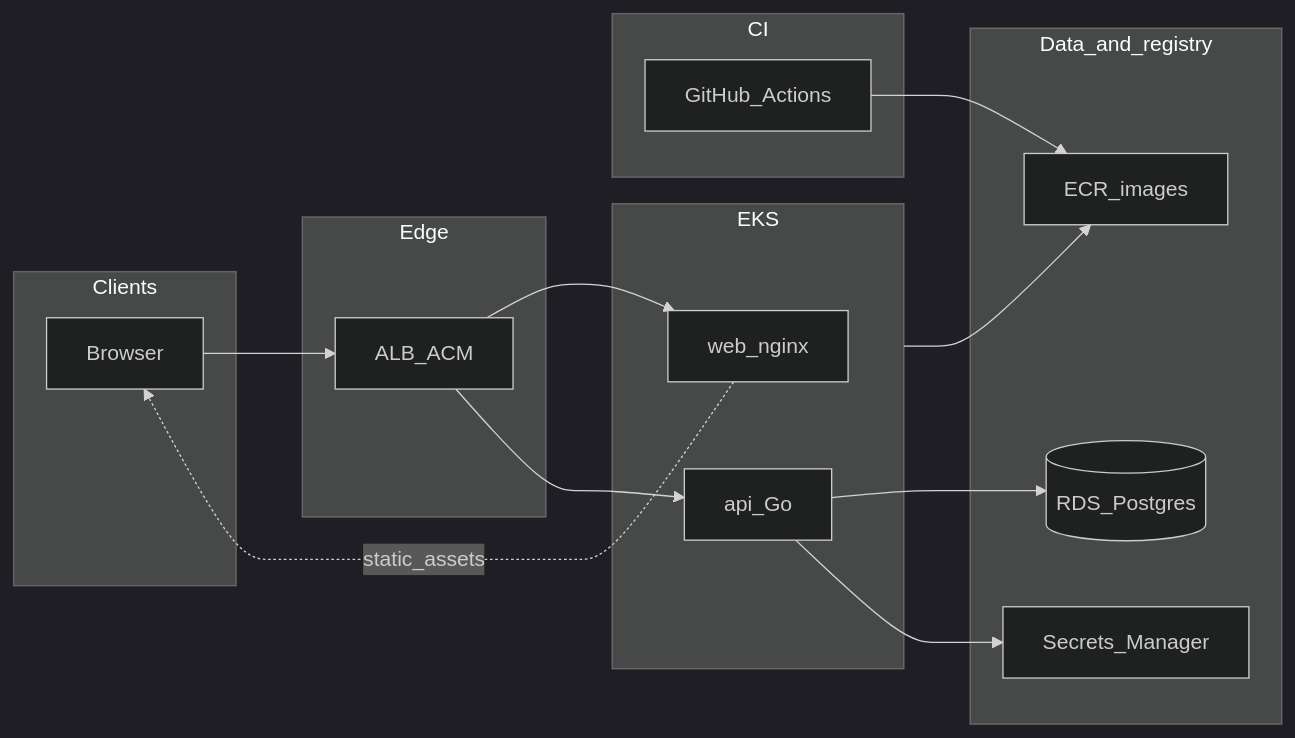
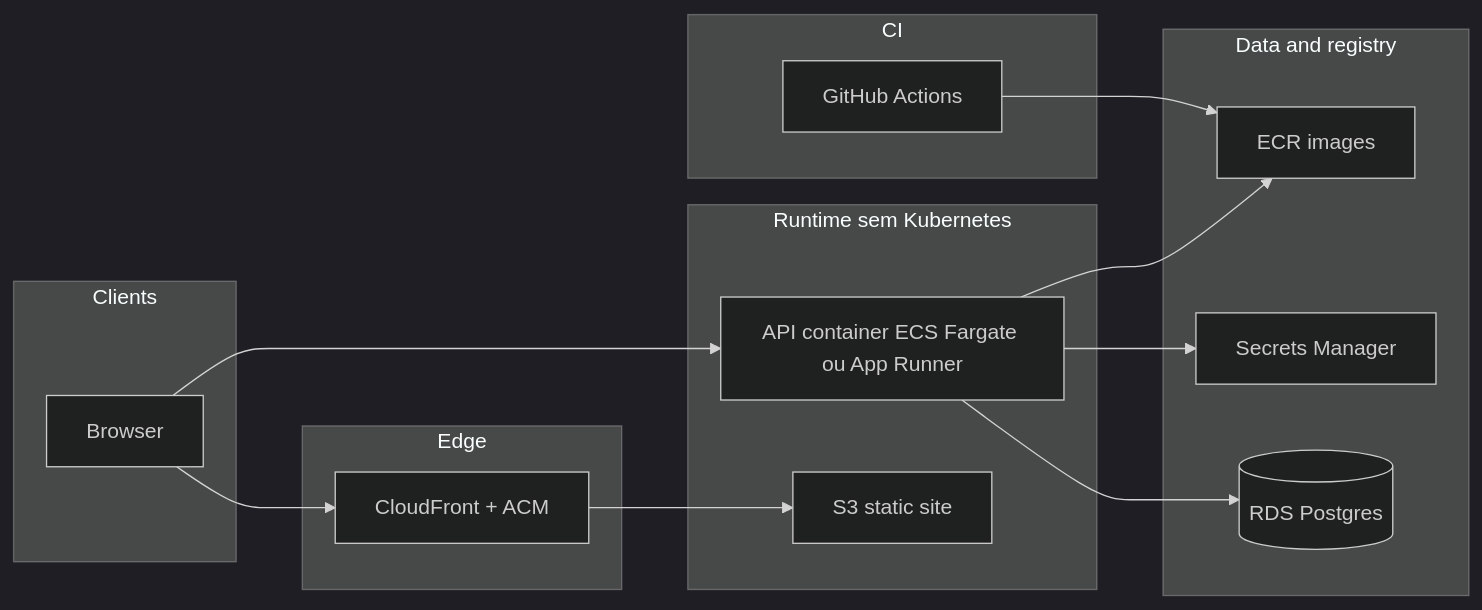
The diagram in docs/deployment/AWS.md (BielPinto/portfolio), drawn with Mermaid (dark theme) before and after one commit. The commit also changed other lines of this file, not shown here.

````diff
--- a/docs/deployment/AWS.md
+++ b/docs/deployment/AWS.md
@@ -21,29 +26,29 @@
 ```mermaid
 flowchart LR
   subgraph clients [Clients]
     browser[Browser]
   end
   subgraph edge [Edge]
-    alb[ALB_ACM]
+    cf[CloudFront + ACM]
   end
-  subgraph eks [EKS]
-    webPod[web_nginx]
-    apiPod[api_Go]
+  subgraph runtime [Runtime sem Kubernetes]
+    s3[S3 static site]
+    api[API container ECS Fargate ou App Runner]
   end
-  subgraph data [Data_and_registry]
-    rds[(RDS_Postgres)]
-    ecr[ECR_images]
-    sm[Secrets_Manager]
+  subgraph data [Data and registry]
+    rds[(RDS Postgres)]
+    ecr[ECR images]
+    sm[Secrets Manager]
   end
   subgraph ci [CI]
-    gha[GitHub_Actions]
+    gha[GitHub Actions]
   end
-  browser --> alb
-  alb --> webPod
-  alb --> apiPod
-  apiPod --> rds
-  apiPod --> sm
-  webPod -.->|"static_assets"| browser
+
+  browser --> cf
+  cf --> s3
+  browser --> api
+  api --> rds
+  api --> sm
   gha --> ecr
-  eks --> ecr
+  api --> ecr
 ```
````
